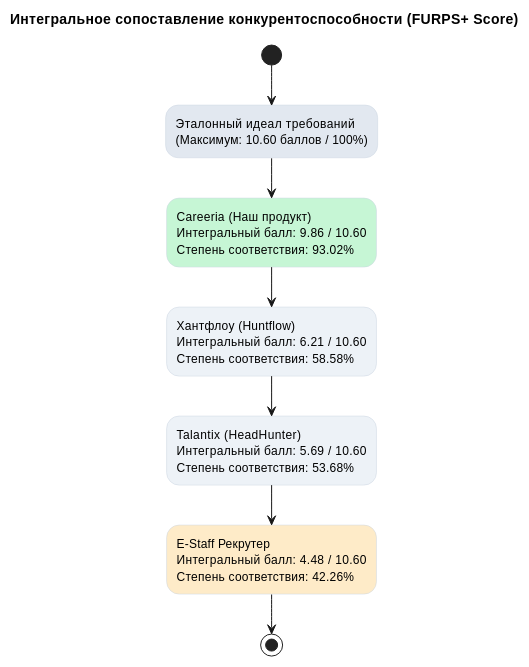
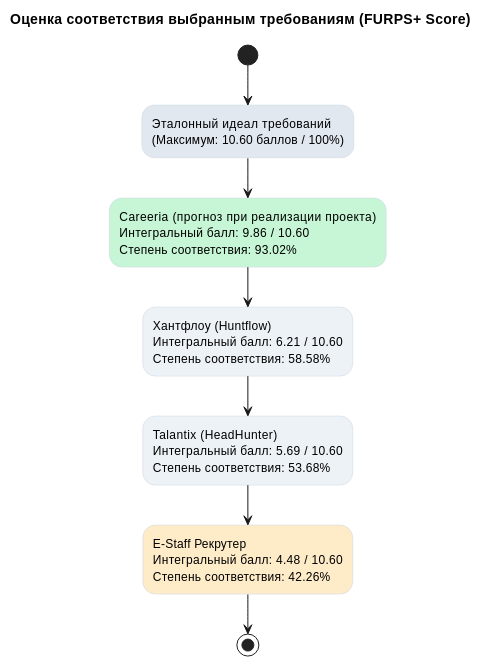
Before and after one commit to krackl1n/careeria: the fourth of 5 diagrams in docs/project/01-general/05-analogs-analysis.md, drawn with PlantUML. The commit also changed other lines of this file and 37 other files, not shown here.

````diff
--- a/docs/project/01-general/05-analogs-analysis.md
+++ b/docs/project/01-general/05-analogs-analysis.md
@@ -314,17 +316,17 @@
 ```plantuml
 @startuml
 skinparam defaultFontName Arial
 skinparam defaultFontSize 12
 skinparam ActivityBackgroundColor #F7FAFC
 skinparam ActivityBorderColor #CBD5E0
 
-title Интегральное сопоставление конкурентоспособности (FURPS+ Score)
+title Оценка соответствия выбранным требованиям (FURPS+ Score)
 
 (*) --> "Эталонный идеал требований\n(Максимум: 10.60 баллов / 100%)" #E2E8F0
---> "Careeria (Наш продукт)\nИнтегральный балл: 9.86 / 10.60\nСтепень соответствия: 93.02%" #C6F6D5
+--> "Careeria (прогноз при реализации проекта)\nИнтегральный балл: 9.86 / 10.60\nСтепень соответствия: 93.02%" #C6F6D5
 --> "Хантфлоу (Huntflow)\nИнтегральный балл: 6.21 / 10.60\nСтепень соответствия: 58.58%" #EDF2F7
 --> "Talantix (HeadHunter)\nИнтегральный балл: 5.69 / 10.60\nСтепень соответствия: 53.68%" #EDF2F7
 --> "E-Staff Рекрутер\nИнтегральный балл: 4.48 / 10.60\nСтепень соответствия: 42.26%" #FEEBC8
 --> (*)
 @enduml
 ```
````
